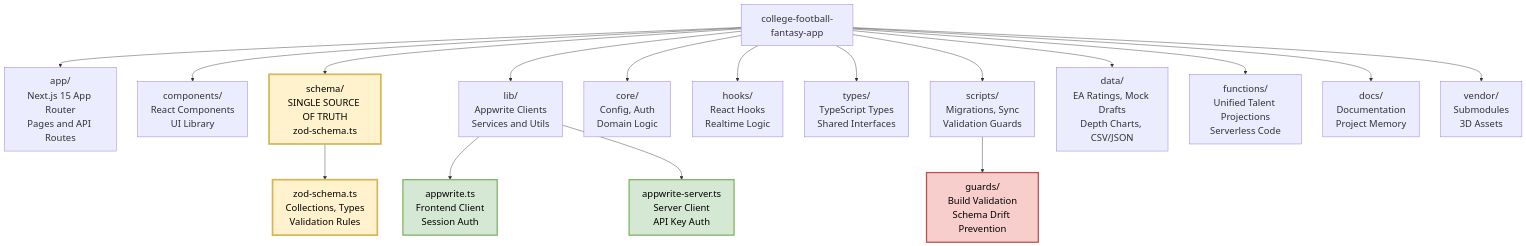
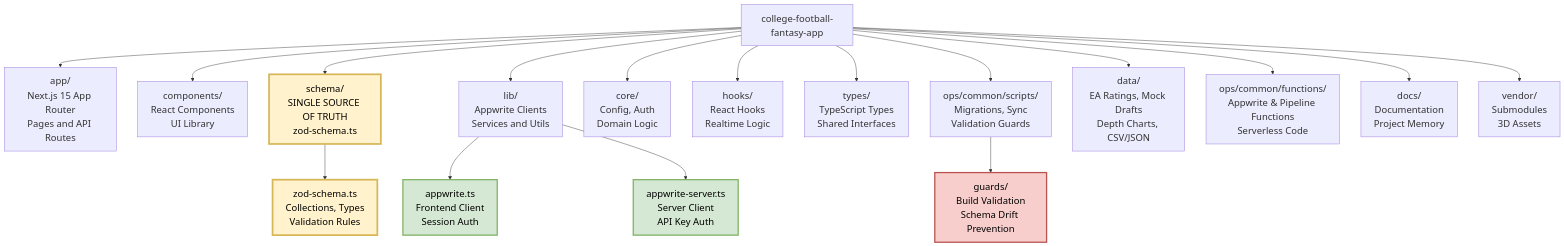
One commit to kpm34/college-football-fantasy-app changed the first of 5 diagrams in public/docs/PROJECT_MAP.md. Above: the diagram before and after it, drawn with Mermaid. The commit also changed other lines of this file and 6 other files, not shown here.

Commit message:
chore(ops): fix guards to detect SSOT schemas; update diagrams to ops/common/functions; remove legacy guardrails dir; fix scripts paths in package.json

````diff
--- a/public/docs/PROJECT_MAP.md
+++ b/public/docs/PROJECT_MAP.md
@@ -12,38 +12,38 @@
 ```mermaid
 %%{init: {'themeVariables': {'fontSize': '22px'}}}%%
 graph TD
     ROOT[college-football-fantasy-app]
     
     %% Core Application
     ROOT --> APP[app/<br/>Next.js 15 App Router<br/>Pages and API Routes]
     ROOT --> COMPONENTS[components/<br/>React Components<br/>UI Library]
     ROOT --> SCHEMA[schema/<br/>SINGLE SOURCE OF TRUTH<br/>zod-schema.ts]
     
     %% Configuration and Services  
     ROOT --> LIB[lib/<br/>Appwrite Clients<br/>Services and Utils]
     ROOT --> CORE[core/<br/>Config, Auth<br/>Domain Logic]
     ROOT --> HOOKS[hooks/<br/>React Hooks<br/>Realtime Logic]
     ROOT --> TYPES[types/<br/>TypeScript Types<br/>Shared Interfaces]
     
     %% Data and Scripts
-    ROOT --> SCRIPTS[scripts/<br/>Migrations, Sync<br/>Validation Guards]
+    ROOT --> SCRIPTS[ops/common/scripts/<br/>Migrations, Sync<br/>Validation Guards]
     ROOT --> DATA[data/<br/>EA Ratings, Mock Drafts<br/>Depth Charts, CSV/JSON]
-    ROOT --> FUNCTIONS[functions/<br/>Unified Talent Projections<br/>Serverless Code]
+    ROOT --> FUNCTIONS[ops/common/functions/<br/>Appwrite & Pipeline Functions<br/>Serverless Code]
     
     %% Documentation and Deployment
     ROOT --> DOCS[docs/<br/>Documentation<br/>Project Memory]
     ROOT --> VENDOR[vendor/<br/>Submodules<br/>3D Assets]
     
     %% Key Files Detail
     SCHEMA --> SSOT[zod-schema.ts<br/>Collections, Types<br/>Validation Rules]
     LIB --> FRONTEND[appwrite.ts<br/>Frontend Client<br/>Session Auth]
     LIB --> BACKEND[appwrite-server.ts<br/>Server Client<br/>API Key Auth]
     SCRIPTS --> GUARDS[guards/<br/>Build Validation<br/>Schema Drift Prevention]
     
     %% Styling
     style SCHEMA fill:#fff2cc,stroke:#d6b656,stroke-width:4px,color:#000000
     style SSOT fill:#fff2cc,stroke:#d6b656,stroke-width:4px,color:#000000
     style GUARDS fill:#f8cecc,stroke:#b85450,stroke-width:3px,color:#000000
     style FRONTEND fill:#d5e8d4,stroke:#82b366,stroke-width:3px,color:#000000
     style BACKEND fill:#d5e8d4,stroke:#82b366,stroke-width:3px,color:#000000
 ```
````
